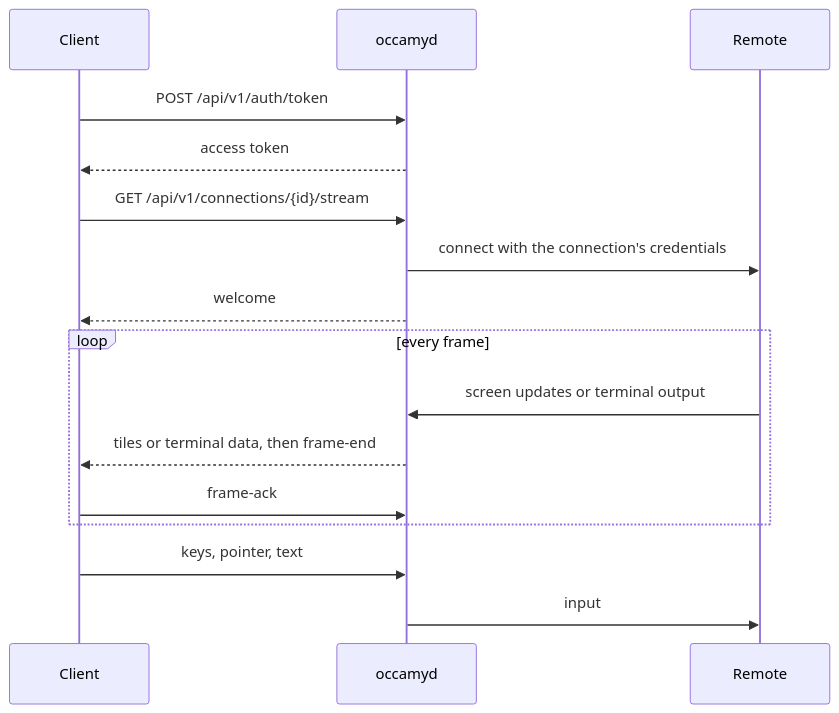
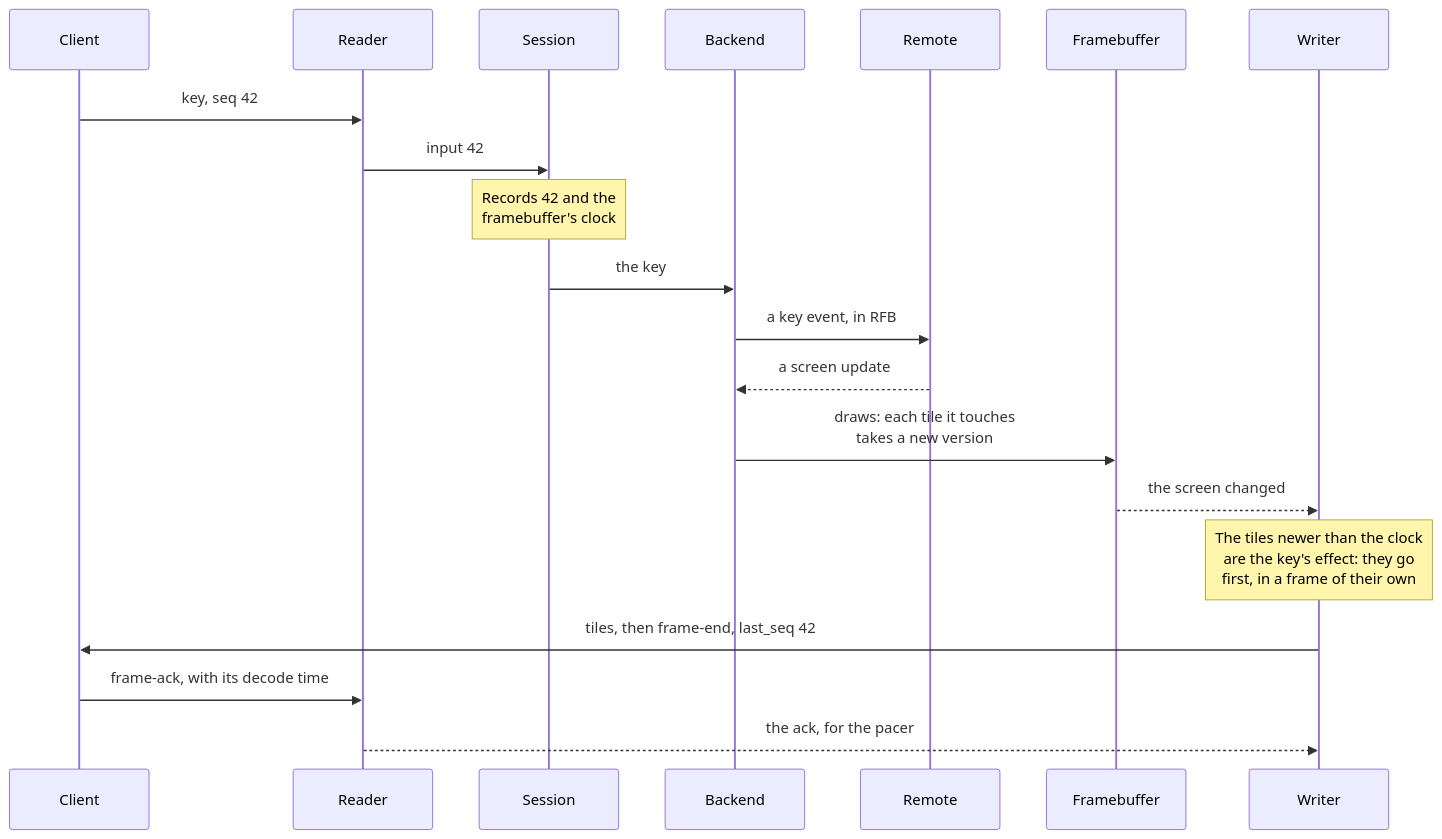
The second of 3 diagrams in docs/architecture.md (changkun/occamy), drawn with Mermaid before and after one commit. The commit also changed other lines of this file and 3 other files, not shown here.

First line of the commit message:
docs: explain how occamyd is built, with a figure of a frame's path

````diff
--- a/docs/architecture.md
+++ b/docs/architecture.md
@@ -29,18 +47,22 @@
 ```mermaid
 sequenceDiagram
   participant C as Client
-  participant O as occamyd
-  participant R as Remote
-  C->>O: POST /api/v1/auth/token
-  O-->>C: access token
-  C->>O: GET /api/v1/connections/{id}/stream
-  O->>R: connect with the connection's credentials
-  O-->>C: welcome
-  loop every frame
-    R->>O: screen updates or terminal output
-    O-->>C: tiles or terminal data, then frame-end
-    C->>O: frame-ack
-  end
-  C->>O: keys, pointer, text
-  O->>R: input
+  participant R as Reader
+  participant S as Session
+  participant B as Backend
+  participant X as Remote
+  participant F as Framebuffer
+  participant W as Writer
+  C->>R: key, seq 42
+  R->>S: input 42
+  Note over S: Records 42 and the<br>framebuffer's clock
+  S->>B: the key
+  B->>X: a key event, in RFB
+  X-->>B: a screen update
+  B->>F: draws: each tile it touches<br>takes a new version
+  F-->>W: the screen changed
+  Note over W: The tiles newer than the clock<br>are the key's effect: they go<br>first, in a frame of their own
+  W->>C: tiles, then frame-end, last_seq 42
+  C->>R: frame-ack, with its decode time
+  R-->>W: the ack, for the pacer
 ```
````
